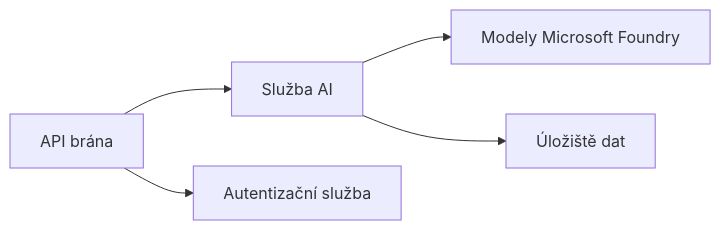
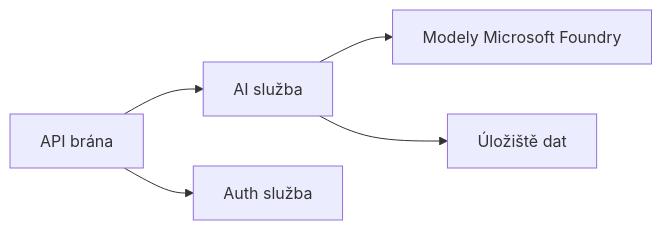
Before and after one commit to microsoft/AZD-for-beginners: the first of 2 diagrams in translations/cs/docs/chapter-08-production/README.md, drawn with Mermaid. The commit also changed other lines of this file and 61 other files, not shown here.

````diff
--- a/translations/cs/docs/chapter-08-production/README.md
+++ b/translations/cs/docs/chapter-08-production/README.md
@@ -48,6 +48,6 @@
 ```mermaid
 graph LR
-    Gateway[API brána] --> AI[Služba AI] --> Models[Modely Microsoft Foundry]
-    Gateway --> Auth[Autentizační služba]
+    Gateway[API brána] --> AI[AI služba] --> Models[Modely Microsoft Foundry]
+    Gateway --> Auth[Auth služba]
     AI --> Data[Úložiště dat]
 ```
````
